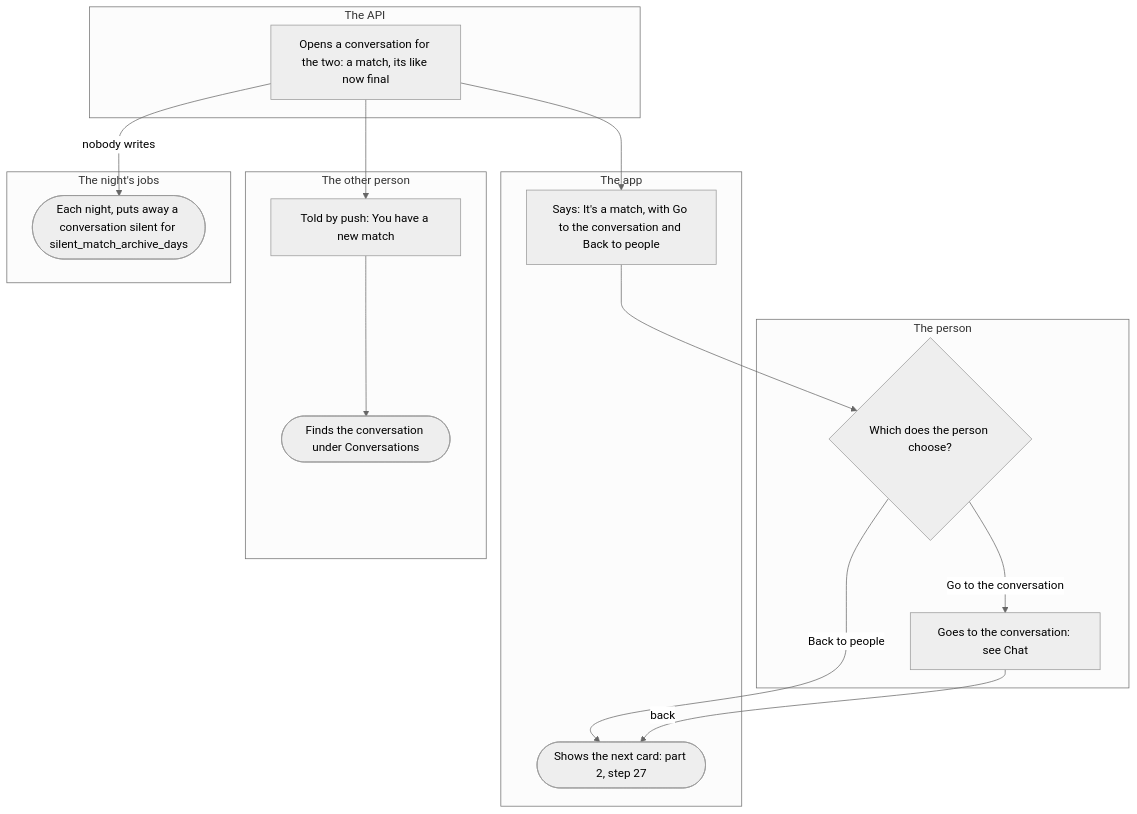
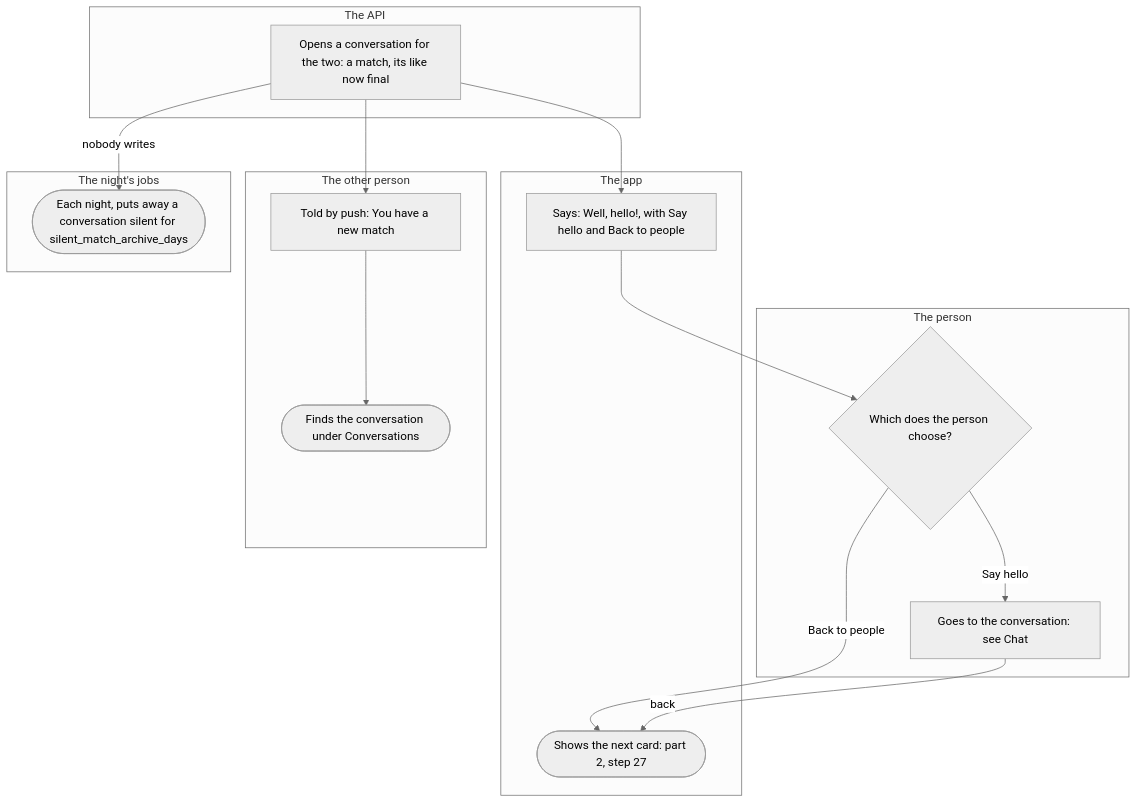
Before and after one commit to kuutti-ry/kumpa-app: the third of 5 diagrams in docs/flows/queue.md, drawn with Mermaid (neutral theme). The commit also changed other lines of this file and 42 other files, not shown here.

````diff
--- a/docs/flows/queue.md
+++ b/docs/flows/queue.md
@@ -169,31 +170,31 @@
 ```mermaid
 flowchart TB
   accTitle: The match
   accDescr: A new like that meets the other person's standing like opens a conversation for the two. The app says it is a match and offers the conversation or the next card. The other person is told by push. A conversation where nobody writes is put away at night.
   subgraph person["The person"]
     s34{"Which does the person choose?"}
     s35["Goes to the conversation: see Chat"]
   end
   subgraph app["The app"]
-    s33["Says: It's a match, with Go to the conversation and Back to people"]
+    s33["Says: Well, hello!, with Say hello and Back to people"]
     s36(["Shows the next card: part 2, step 27"])
   end
   subgraph api["The API"]
     s32["Opens a conversation for the two: a match, its like now final"]
   end
   subgraph other["The other person"]
     s37["Told by push: You have a new match"]
     s38(["Finds the conversation under Conversations"])
   end
   subgraph night["The night's jobs"]
     s39(["Each night, puts away a conversation silent for silent_match_archive_days"])
   end
   s32 --> s33
   s33 --> s34
-  s34 -->|"Go to the conversation"| s35
+  s34 -->|"Say hello"| s35
   s34 -->|"Back to people"| s36
   s35 -->|"back"| s36
   s32 --> s37
   s37 --> s38
   s32 -->|"nobody writes"| s39
 ```
````
